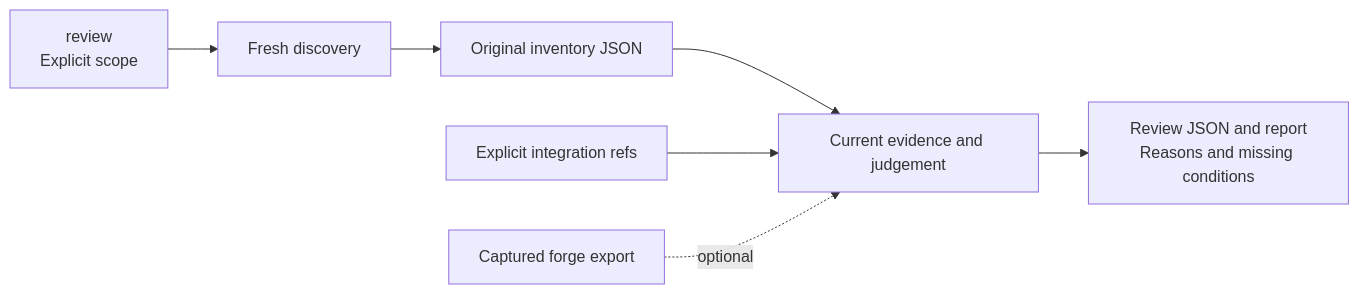
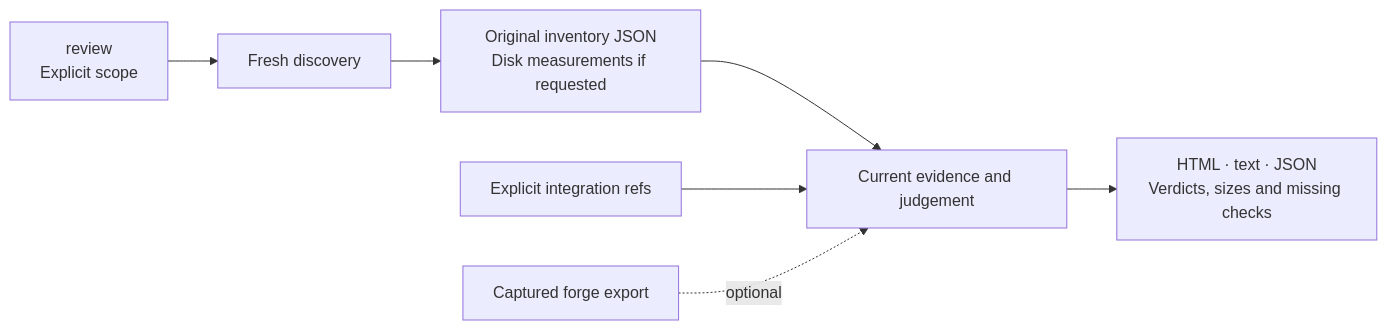
One commit to FlorianBruniaux/wt-sweep changed the first of 2 diagrams in README.md. Above: the diagram before and after it, drawn with Mermaid. The commit also changed other lines of this file and 25 other files, not shown here.

Commit message:
feat: polish HTML audits and document disk review

````diff
--- a/README.md
+++ b/README.md
@@ -200,9 +237,9 @@
 ```mermaid
 flowchart LR
     Review["review<br/>Explicit scope"] --> Scan["Fresh discovery"]
-    Scan --> Inventory["Original inventory JSON"]
+    Scan --> Inventory["Original inventory JSON<br/>Disk measurements if requested"]
     Inventory --> Plan["Current evidence and judgement"]
     Targets["Explicit integration refs"] --> Plan
     Forge["Captured forge export"] -. optional .-> Plan
-    Plan --> Report["Review JSON and report<br/>Reasons and missing conditions"]
+    Plan --> Report["HTML · text · JSON<br/>Verdicts, sizes and missing checks"]
 ```
````
